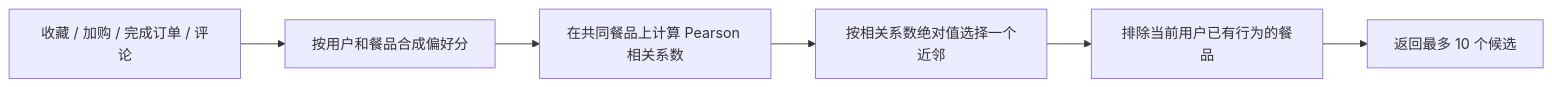
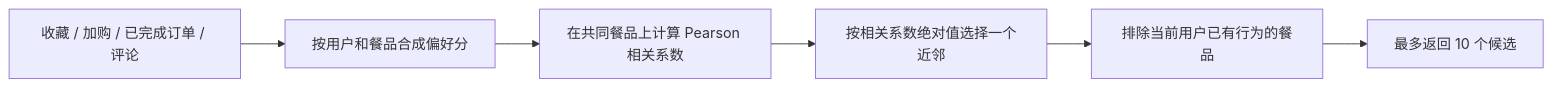
The diagram in README.md (duoni233/food-collaborative-filtering), drawn with Mermaid before and after one commit. The commit also changed other lines of this file and 146 other files, not shown here.

````diff
--- a/README.md
+++ b/README.md
@@ -11,8 +11,8 @@
 ```mermaid
 flowchart LR
-    A["收藏 / 加购 / 完成订单 / 评论"] --> B["按用户和餐品合成偏好分"]
+    A["收藏 / 加购 / 已完成订单 / 评论"] --> B["按用户和餐品合成偏好分"]
     B --> C["在共同餐品上计算 Pearson 相关系数"]
     C --> D["按相关系数绝对值选择一个近邻"]
     D --> E["排除当前用户已有行为的餐品"]
-    E --> F["返回最多 10 个候选"]
+    E --> F["最多返回 10 个候选"]
 ```
````
